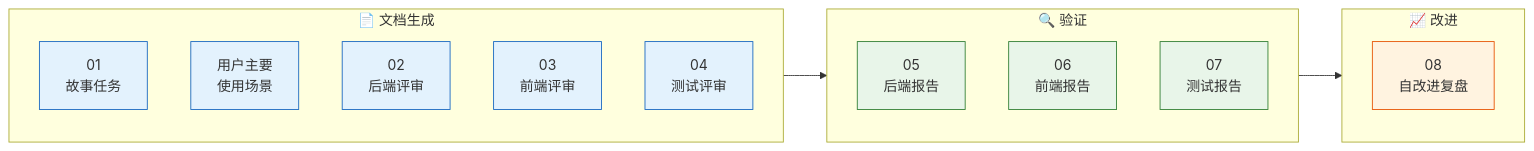
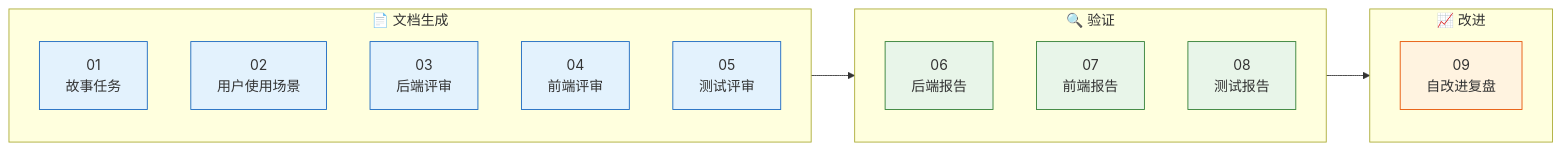
Before and after one commit to effiy/YrY: the third of 12 diagrams in skills/rui/formulas.md, drawn with Mermaid. The commit also changed other lines of this file and 11 other files, not shown here.

````diff
--- a/skills/rui/formulas.md
+++ b/skills/rui/formulas.md
@@ -109,26 +109,26 @@
 ```mermaid
 flowchart LR
     subgraph 阶段一["📄 文档生成"]
         F01["01<br/>故事任务"]
-        F_US["用户主要<br/>使用场景"]
-        F02["02<br/>后端评审"]
-        F03["03<br/>前端评审"]
-        F04["04<br/>测试评审"]
+        F02["02<br/>用户使用场景"]
+        F03["03<br/>后端评审"]
+        F04["04<br/>前端评审"]
+        F05["05<br/>测试评审"]
     end
     subgraph 阶段二["🔍 验证"]
-        F05["05<br/>后端报告"]
-        F06["06<br/>前端报告"]
-        F07["07<br/>测试报告"]
+        F06["06<br/>后端报告"]
+        F07["07<br/>前端报告"]
+        F08["08<br/>测试报告"]
     end
     subgraph 阶段三["📈 改进"]
-        F08["08<br/>自改进复盘"]
+        F09["09<br/>自改进复盘"]
     end
     阶段一 --> 阶段二 --> 阶段三
 
     classDef p1 fill:#e3f2fd,stroke:#1565c0;
     classDef p2 fill:#e8f5e9,stroke:#2e7d32;
     classDef p3 fill:#fff3e0,stroke:#e65100;
-    class F01,F_US,F02,F03,F04 p1;
-    class F05,F06,F07 p2;
-    class F08 p3;
+    class F01,F02,F03,F04,F05 p1;
+    class F06,F07,F08 p2;
+    class F09 p3;
 ```
````
